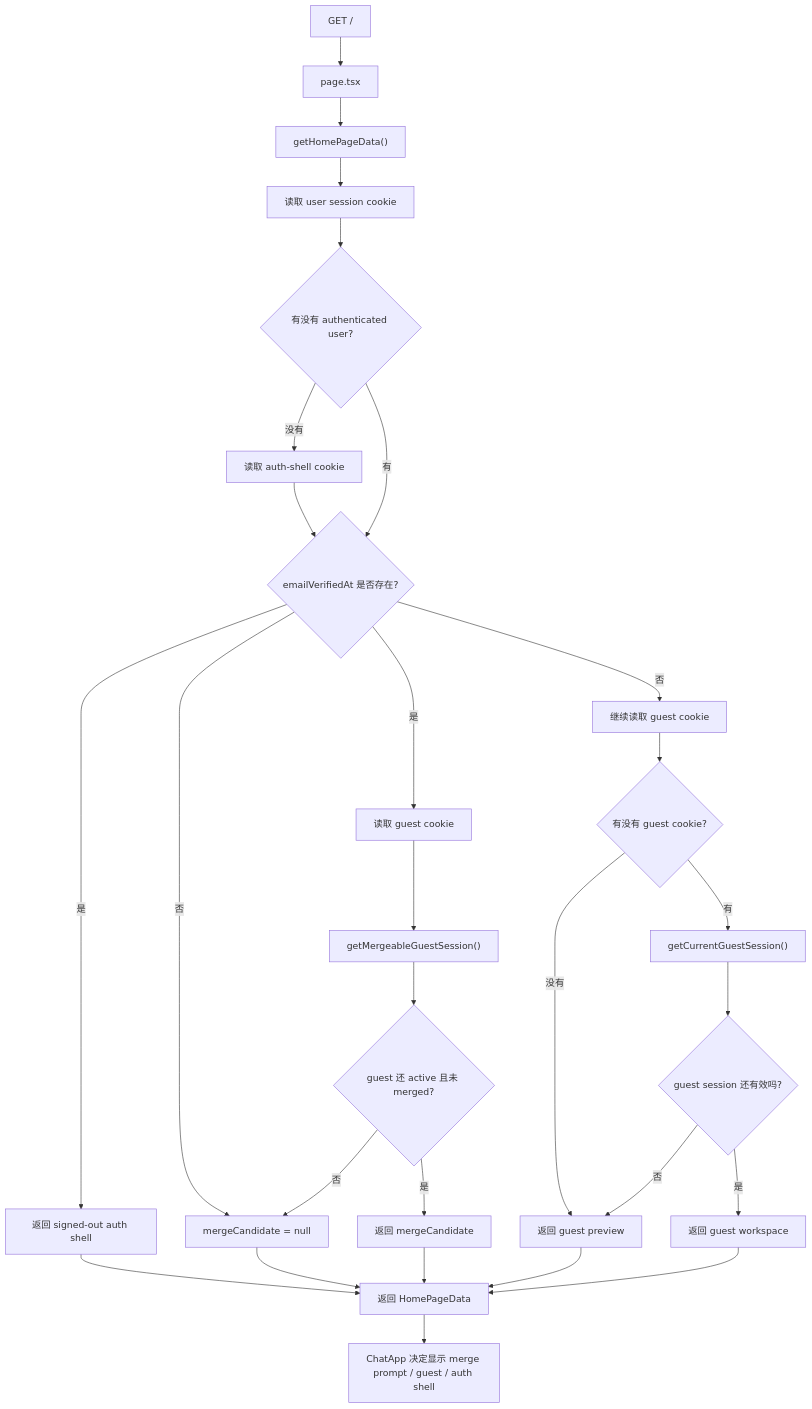
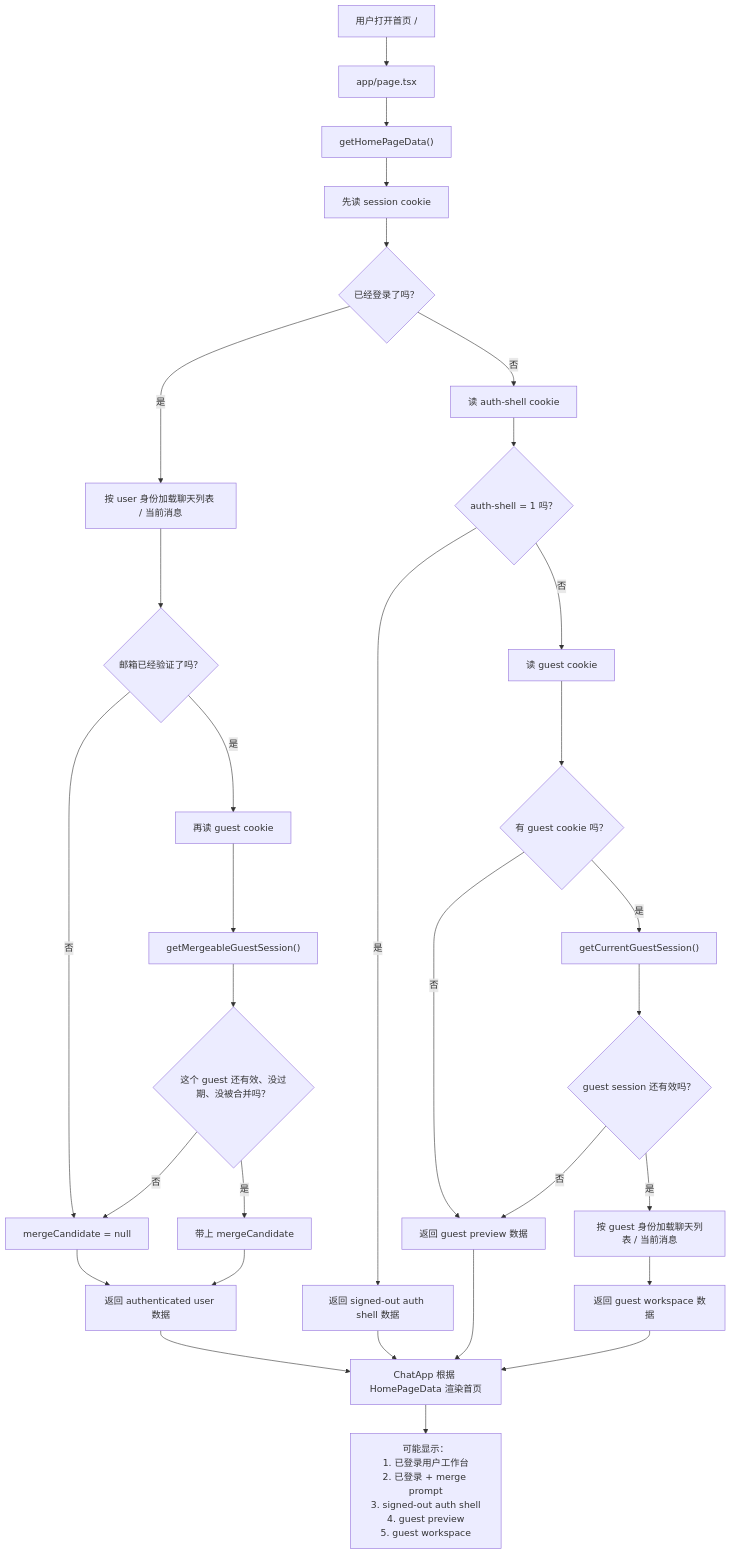
One commit to xieminwyc/ai-chat changed the first of 3 diagrams in docs/superpowers/specs/2026-04-09-guest-history-merge-learning.md. Above: the diagram before and after it, drawn with Mermaid. The commit also changed other lines of this file and 1 other file, not shown here.

Commit message:
Clarify guest merge docs and tidy verify email page

````diff
--- a/docs/superpowers/specs/2026-04-09-guest-history-merge-learning.md
+++ b/docs/superpowers/specs/2026-04-09-guest-history-merge-learning.md
@@ -158,30 +158,42 @@
 ```mermaid
 flowchart TD
-  A["GET /"] --> B["page.tsx"]
+  A["用户打开首页 /"] --> B["app/page.tsx"]
   B --> C["getHomePageData()"]
-  C --> D["读取 user session cookie"]
-  D --> E{"有没有 authenticated user?"}
-  E -- 没有 --> F["读取 auth-shell cookie"]
-  F --> G{"auth-shell cookie = 1 ?"}
-  G -- 是 --> H["返回 signed-out auth shell"]
-  G -- 否 --> I["继续读取 guest cookie"]
-  E -- 有 --> G{"emailVerifiedAt 是否存在?"}
-  G -- 否 --> J["mergeCandidate = null"]
-  G -- 是 --> K["读取 guest cookie"]
-  K --> L["getMergeableGuestSession()"]
-  L --> M{"guest 还 active 且未 merged?"}
-  M -- 否 --> J
-  M -- 是 --> N["返回 mergeCandidate"]
-  I --> O{"有没有 guest cookie?"}
-  O -- 没有 --> P["返回 guest preview"]
-  O -- 有 --> Q["getCurrentGuestSession()"]
-  Q --> R{"guest session 还有效吗?"}
-  R -- 否 --> P
-  R -- 是 --> S["返回 guest workspace"]
-  H --> T["返回 HomePageData"]
-  J --> T
-  N --> T
-  P --> T
-  S --> T
-  T --> U["ChatApp 决定显示 merge prompt / guest / auth shell"]
+  C --> D["先读 session cookie"]
+  D --> E{"已经登录了吗？"}
+
+  E -- 是 --> F["按 user 身份加载聊天列表 / 当前消息"]
+  F --> G{"邮箱已经验证了吗？"}
+  G -- 否 --> H["mergeCandidate = null"]
+  G -- 是 --> I["再读 guest cookie"]
+  I --> J["getMergeableGuestSession()"]
+  J --> K{"这个 guest 还有效、没过期、没被合并吗？"}
+  K -- 是 --> L["带上 mergeCandidate"]
+  K -- 否 --> H
+  H --> M["返回 authenticated user 数据"]
+  L --> M
+
+  E -- 否 --> N["读 auth-shell cookie"]
+  N --> O{"auth-shell = 1 吗？"}
+  O -- 是 --> P["返回 signed-out auth shell 数据"]
+  O -- 否 --> Q["读 guest cookie"]
+  Q --> R{"有 guest cookie 吗？"}
+  R -- 否 --> S["返回 guest preview 数据"]
+  R -- 是 --> T["getCurrentGuestSession()"]
+  T --> U{"guest session 还有效吗？"}
+  U -- 否 --> S
+  U -- 是 --> V["按 guest 身份加载聊天列表 / 当前消息"]
+  V --> W["返回 guest workspace 数据"]
+
+  M --> X["ChatApp 根据 HomePageData 渲染首页"]
+  P --> X
+  S --> X
+  W --> X
+
+  X --> Y["可能显示：
+1. 已登录用户工作台
+2. 已登录 + merge prompt
+3. signed-out auth shell
+4. guest preview
+5. guest workspace"]
 ```
````
